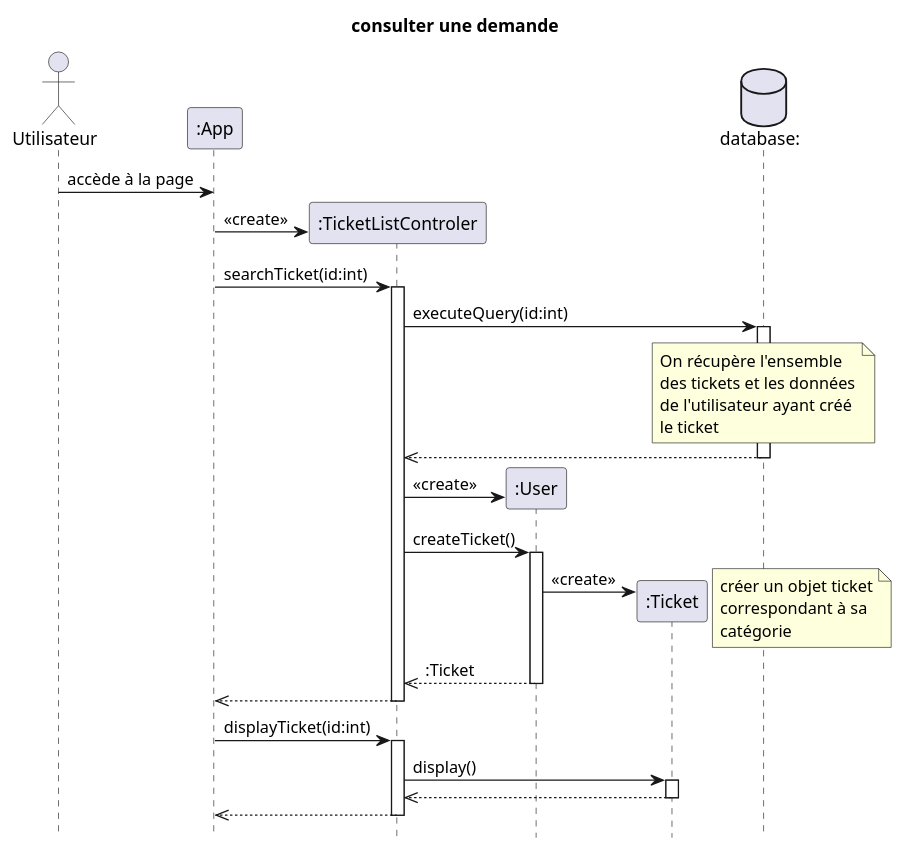
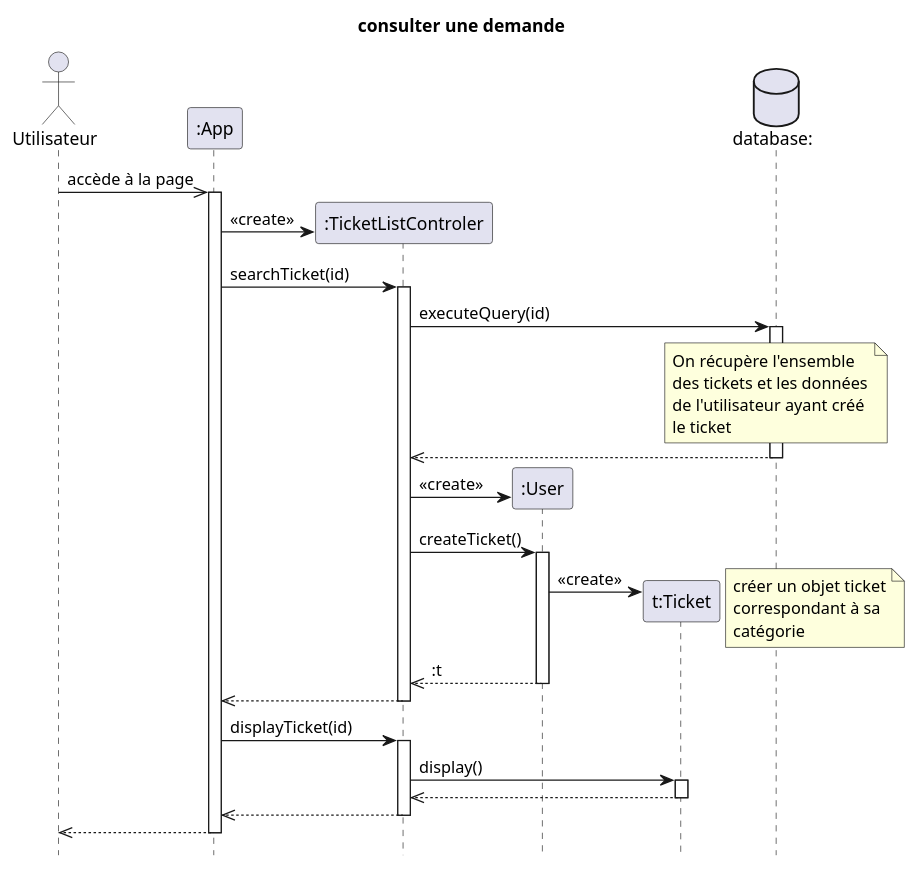
Before and after one commit to dorianleveque/CoHub: the diagram in docs/UML/diagrammes séquence/consulter une demande.puml, drawn with PlantUML. The commit also changed 1 other file, not shown here.

Commit message:
mise à jour diagramme consulter une demande

```diff
--- a/docs/UML/diagrammes séquence/consulter une demande.puml
+++ b/docs/UML/diagrammes séquence/consulter une demande.puml
@@ -1,48 +1,51 @@
 @startuml consulter une demande
 title consulter une demande
 hide footbox
 
 actor client as "Utilisateur" order 1 
 participant app as ":App" order 2 
 database bdd as "database:"  order 6
 
-client -> app :accède à la page
+client ->> app :accède à la page
+activate app
 create tlc as ":TicketListControler" order 3
 app -> tlc : <<create>>
 
-app -> tlc : searchTicket(id:int) 
+app -> tlc : searchTicket(id) 
 activate tlc
-tlc -> bdd : executeQuery(id:int)
+tlc -> bdd : executeQuery(id)
 note over bdd: On récupère l'ensemble\ndes tickets et les données\nde l'utilisateur ayant créé \nle ticket
 activate bdd
 tlc <<-- bdd
 deactivate bdd
 
 create user as ":User" order 4
 tlc -> user : <<create>>
 tlc -> user : createTicket()
 activate user   
 
-create ticket as ":Ticket" order 5
+create ticket as "t:Ticket" order 5
 user -> ticket : <<create>>
 note right: créer un objet ticket\ncorrespondant à sa \ncatégorie 
-tlc <<-- user: :Ticket
+tlc <<-- user: :t
 deactivate user
 
 app <<-- tlc
 deactivate tlc
 
-app -> tlc : displayTicket(id:int)
+app -> tlc : displayTicket(id)
 activate tlc
 
 tlc -> ticket : display()
 activate ticket
 
 tlc <<-- ticket: 
 deactivate ticket
 
 app <<-- tlc
 deactivate tlc
+client <<-- app
+deactivate app
 
 
 @enduml
```
